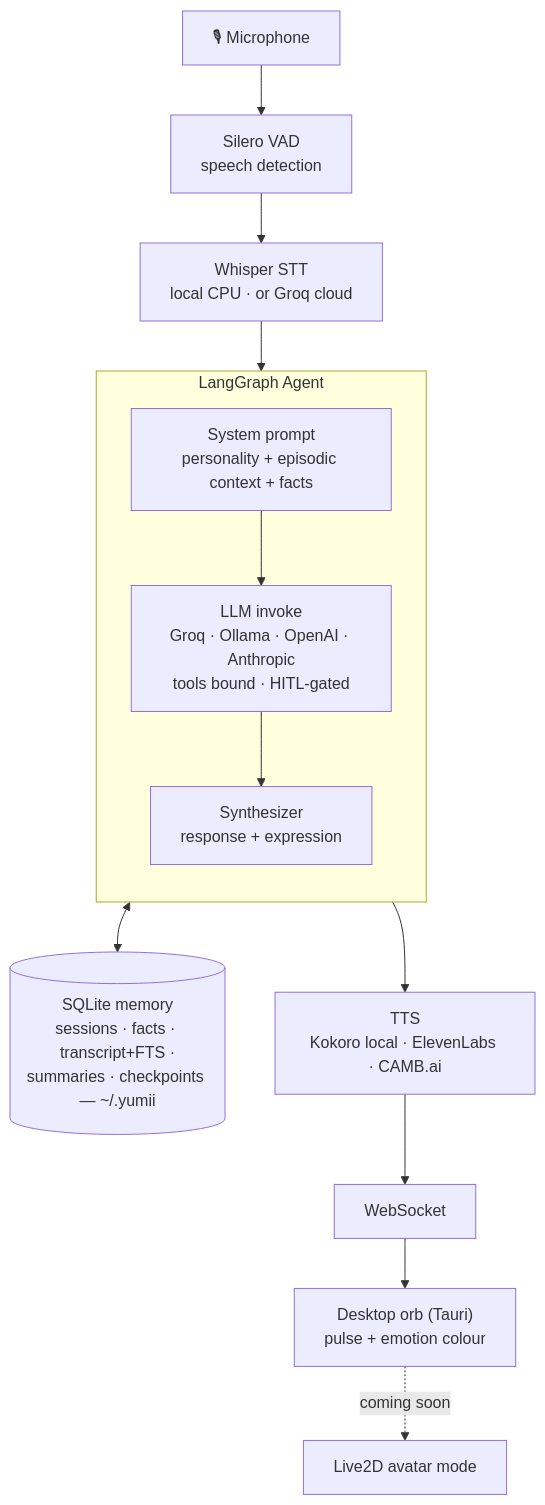
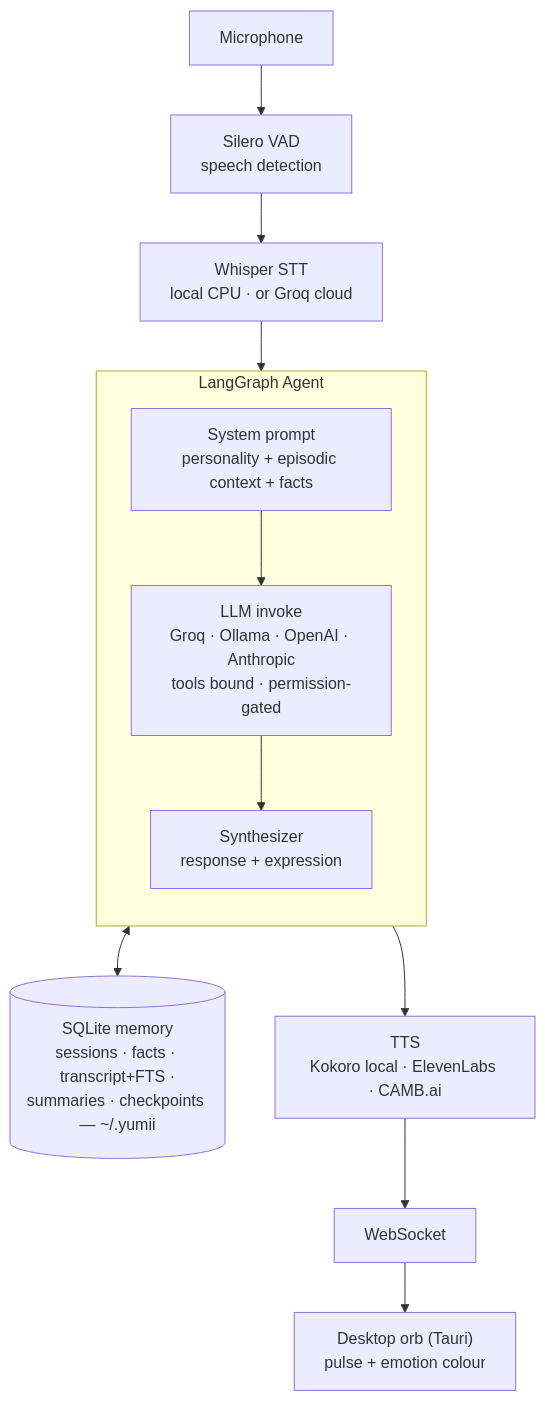
The diagram in README.md (CodeNeuron58/Yumii), drawn with Mermaid before and after one commit. The commit also changed other lines of this file and 4 other files, not shown here.

First line of the commit message:
docs: reposition README + roadmap — experimental preview, no fluff

````diff
--- a/README.md
+++ b/README.md
@@ -98,18 +144,17 @@
 ```mermaid
 flowchart TD
-    mic["🎙 Microphone"] --> vad["Silero VAD<br/>speech detection"]
+    mic["Microphone"] --> vad["Silero VAD<br/>speech detection"]
     vad --> stt["Whisper STT<br/>local CPU · or Groq cloud"]
     stt --> agent
 
     subgraph agent [LangGraph Agent]
         direction TB
-        sys["System prompt<br/>personality + episodic context + facts"] --> llm["LLM invoke<br/>Groq · Ollama · OpenAI · Anthropic<br/>tools bound · HITL-gated"]
+        sys["System prompt<br/>personality + episodic context + facts"] --> llm["LLM invoke<br/>Groq · Ollama · OpenAI · Anthropic<br/>tools bound · permission-gated"]
         llm --> synth["Synthesizer<br/>response + expression"]
     end
 
     agent <--> mem[("SQLite memory<br/>sessions · facts · transcript+FTS ·<br/>summaries · checkpoints — ~/.yumii")]
     agent --> tts["TTS<br/>Kokoro local · ElevenLabs · CAMB.ai"]
     tts --> ws["WebSocket"]
     ws --> orb["Desktop orb (Tauri)<br/>pulse + emotion colour"]
-    orb -.->|coming soon| live2d["Live2D avatar mode"]
 ```
````
